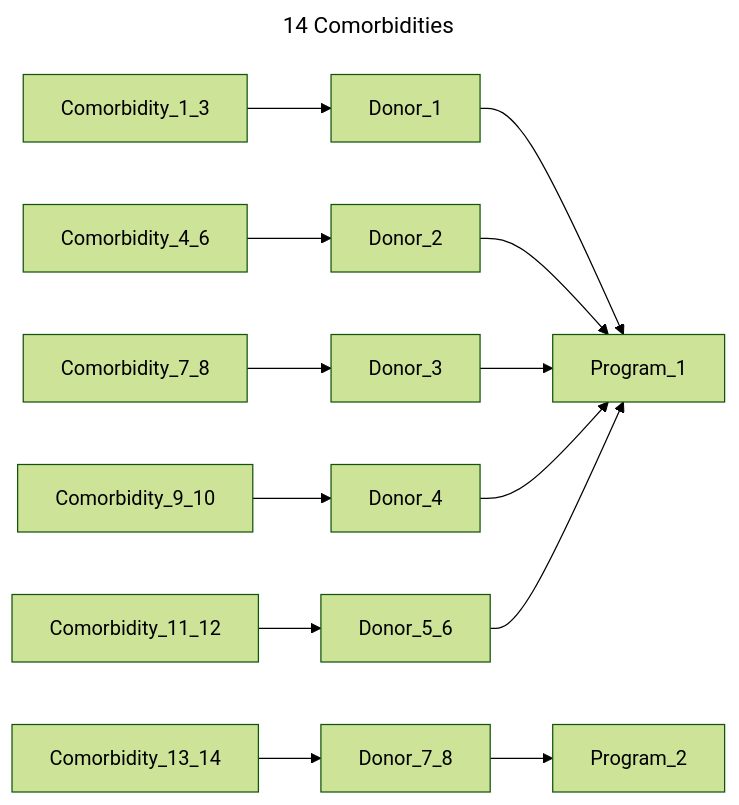
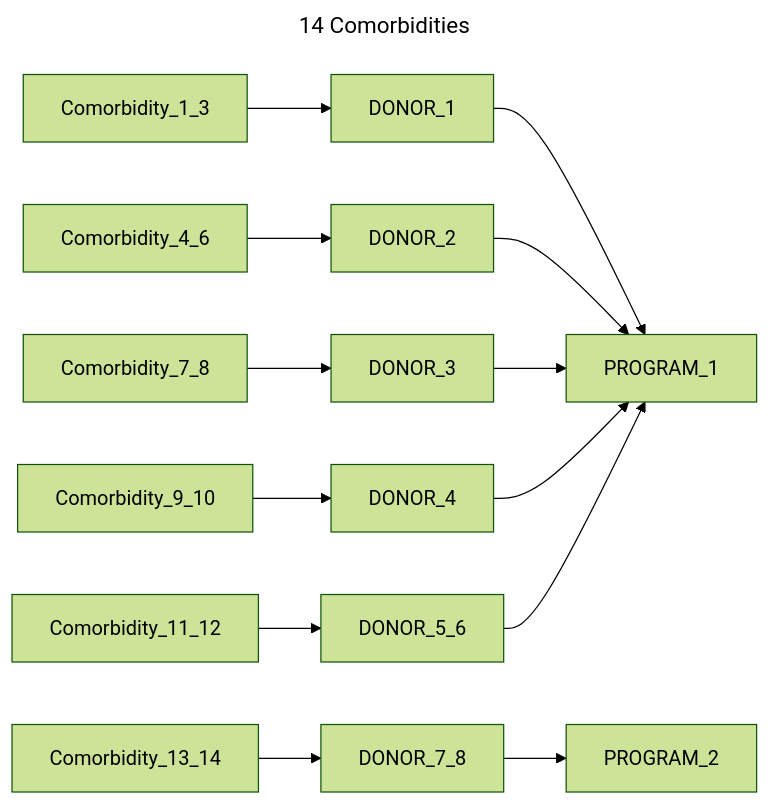
Diagram 13 of 14 in chord_metadata_service/mohpackets/data/small_dataset/README.md (CanDIG/katsu), drawn with Mermaid (forest theme) before and after one commit. The commit also changed other lines of this file and 2 other files, not shown here.

Commit message:
check mermaid diagrams

````diff
--- a/chord_metadata_service/mohpackets/data/small_dataset/README.md
+++ b/chord_metadata_service/mohpackets/data/small_dataset/README.md
@@ -206,12 +214,12 @@
 ```mermaid
 ---
 title: 14 Comorbidities
 ---
 graph LR;  
-  Comorbidity_1_3 --> Donor_1 --> Program_1;  
-  Comorbidity_4_6 --> Donor_2 --> Program_1;  
-  Comorbidity_7_8 --> Donor_3 --> Program_1;  
-  Comorbidity_9_10 --> Donor_4 --> Program_1;  
-  Comorbidity_11_12 --> Donor_5_6 --> Program_1;  
-  Comorbidity_13_14 --> Donor_7_8 --> Program_2;
+  Comorbidity_1_3 --> DONOR_1 --> PROGRAM_1;  
+  Comorbidity_4_6 --> DONOR_2 --> PROGRAM_1;  
+  Comorbidity_7_8 --> DONOR_3 --> PROGRAM_1;  
+  Comorbidity_9_10 --> DONOR_4 --> PROGRAM_1;  
+  Comorbidity_11_12 --> DONOR_5_6 --> PROGRAM_1;  
+  Comorbidity_13_14 --> DONOR_7_8 --> PROGRAM_2;
 ```
````
